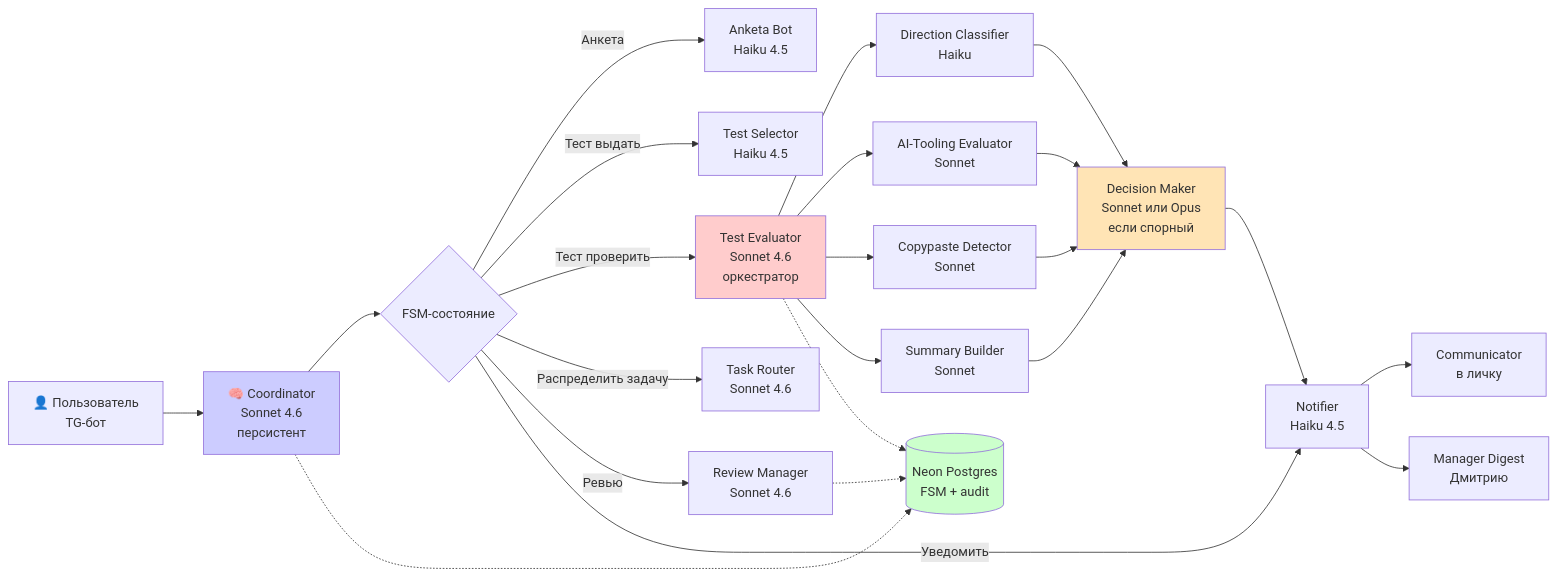
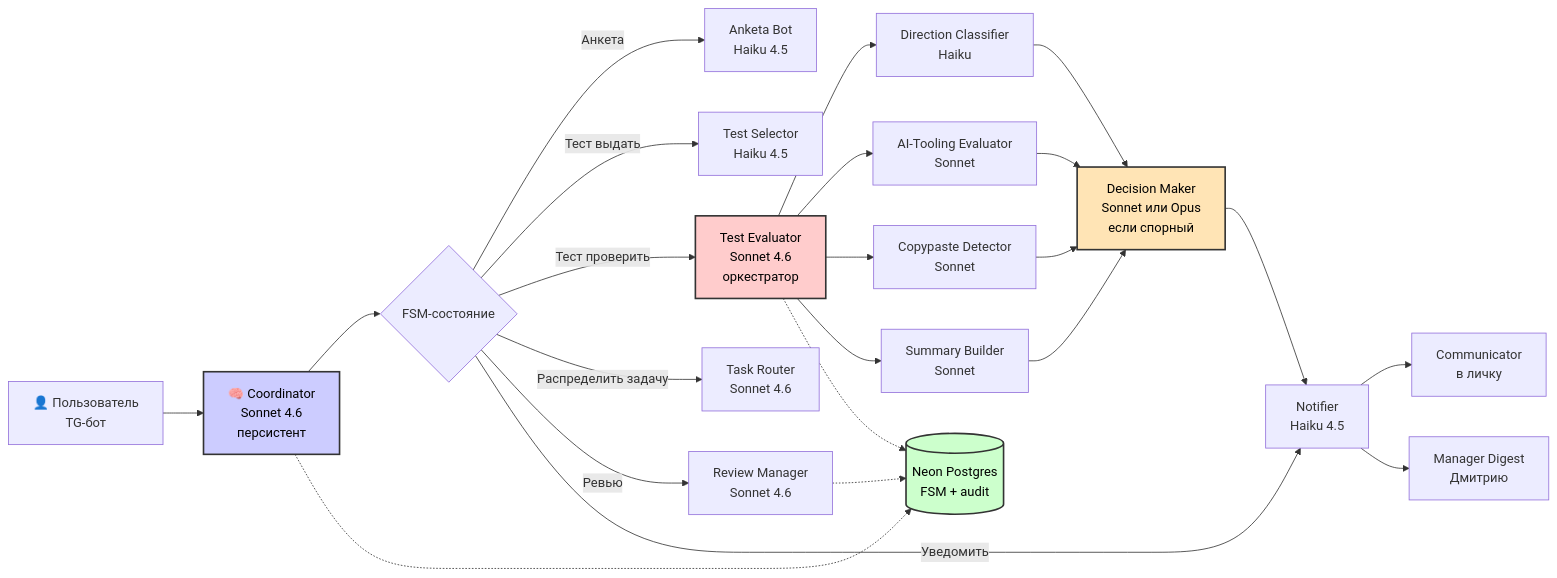
The fourth of 4 diagrams in docs/ARCHITECTURE_AND_QUESTIONS.md (kokolsk1y/assistant-hub), drawn with Mermaid before and after one commit. The commit also changed other lines of this file and 2 other files, not shown here.

First line of the commit message:
docs: README.md + улучшение читаемости Mermaid в .md

````diff
--- a/docs/ARCHITECTURE_AND_QUESTIONS.md
+++ b/docs/ARCHITECTURE_AND_QUESTIONS.md
@@ -300,33 +310,33 @@
 ```mermaid
 flowchart LR
     User[👤 Пользователь<br/>TG-бот] --> Coord[🧠 Coordinator<br/>Sonnet 4.6<br/>персистент]
 
     Coord --> Router{FSM-состояние}
 
     Router -->|Анкета| Anketa[Anketa Bot<br/>Haiku 4.5]
     Router -->|Тест выдать| Selector[Test Selector<br/>Haiku 4.5]
     Router -->|Тест проверить| TestEval[Test Evaluator<br/>Sonnet 4.6<br/>оркестратор]
     Router -->|Распределить задачу| TaskRouter[Task Router<br/>Sonnet 4.6]
     Router -->|Ревью| ReviewMgr[Review Manager<br/>Sonnet 4.6]
     Router -->|Уведомить| Notifier[Notifier<br/>Haiku 4.5]
 
     TestEval --> W1[Direction Classifier<br/>Haiku]
     TestEval --> W2[AI-Tooling Evaluator<br/>Sonnet]
     TestEval --> W3[Copypaste Detector<br/>Sonnet]
     TestEval --> W4[Summary Builder<br/>Sonnet]
 
     W1 & W2 & W3 & W4 --> Decision[Decision Maker<br/>Sonnet или Opus<br/>если спорный]
 
     Decision --> Notifier
     Notifier --> Comm[Communicator<br/>в личку]
     Notifier --> Manager[Manager Digest<br/>Дмитрию]
 
     Coord -.-> DB[(Neon Postgres<br/>FSM + audit)]
     TestEval -.-> DB
     ReviewMgr -.-> DB
 
-    style Coord fill:#ccccff
-    style TestEval fill:#ffcccc
-    style Decision fill:#ffe4b5
-    style DB fill:#ccffcc
+    style Coord fill:#ccccff,color:#000,stroke:#333,stroke-width:2px
+    style TestEval fill:#ffcccc,color:#000,stroke:#333,stroke-width:2px
+    style Decision fill:#ffe4b5,color:#000,stroke:#333,stroke-width:2px
+    style DB fill:#ccffcc,color:#000,stroke:#333,stroke-width:2px
 ```
````
